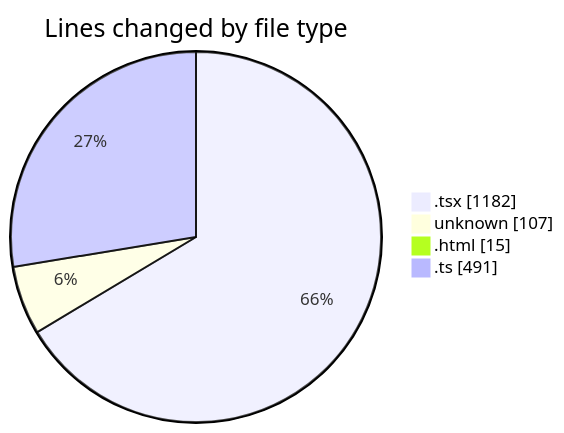
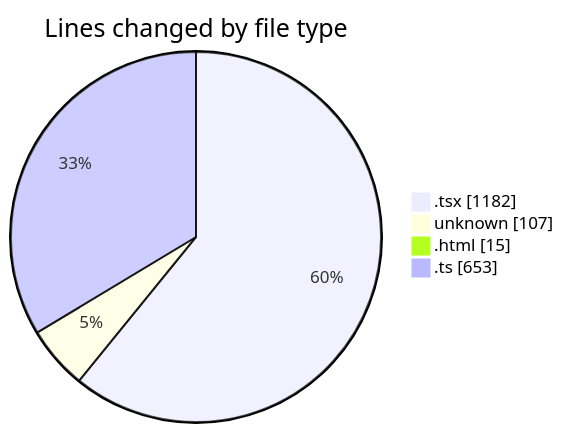
One commit to JenPaints/code-tracking changed the first of 2 diagrams in 2025-06-23/archive/README.md. Above: the diagram before and after it, drawn with Mermaid. The commit also changed other lines of this file and 1 other file, not shown here.

````diff
--- a/2025-06-23/archive/README.md
+++ b/2025-06-23/archive/README.md
@@ -24,8 +25,8 @@
 ```mermaid
 pie showData
 title Lines changed by file type
 ".tsx" : 1182
 "unknown" : 107
 ".html" : 15
-".ts" : 491
+".ts" : 653
 ```
````
